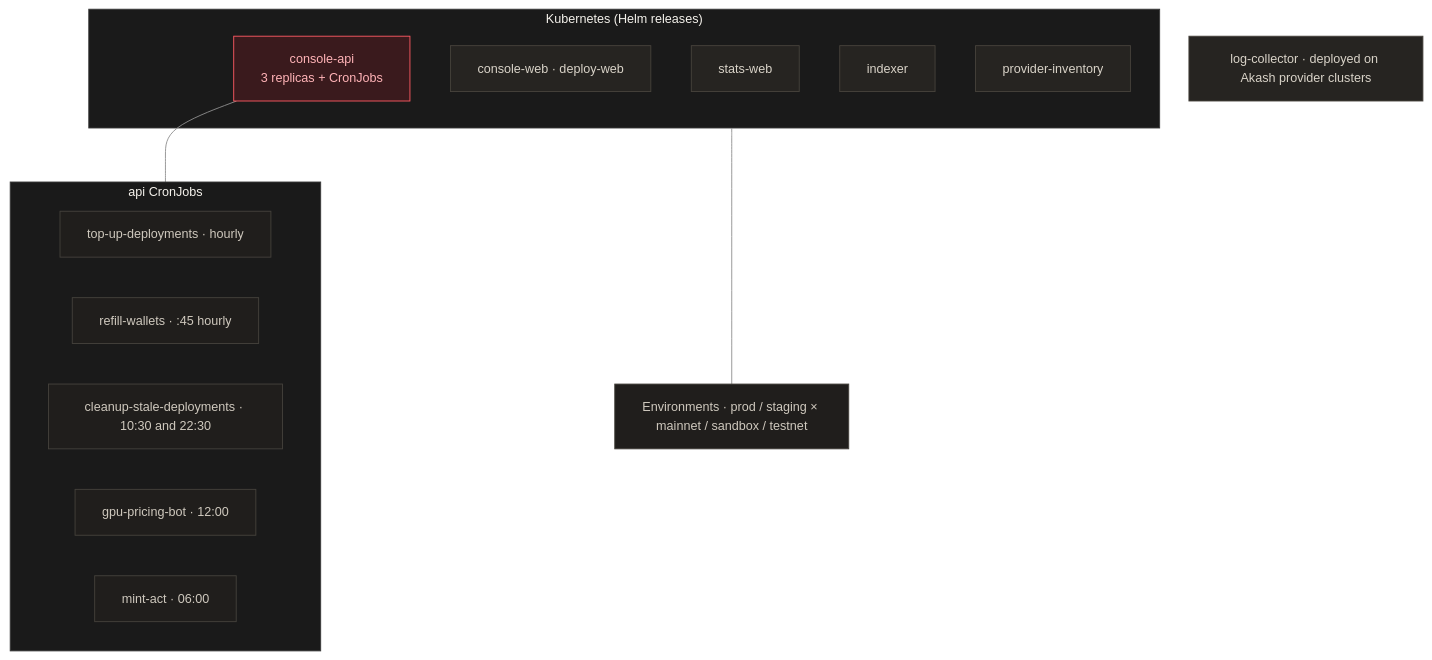
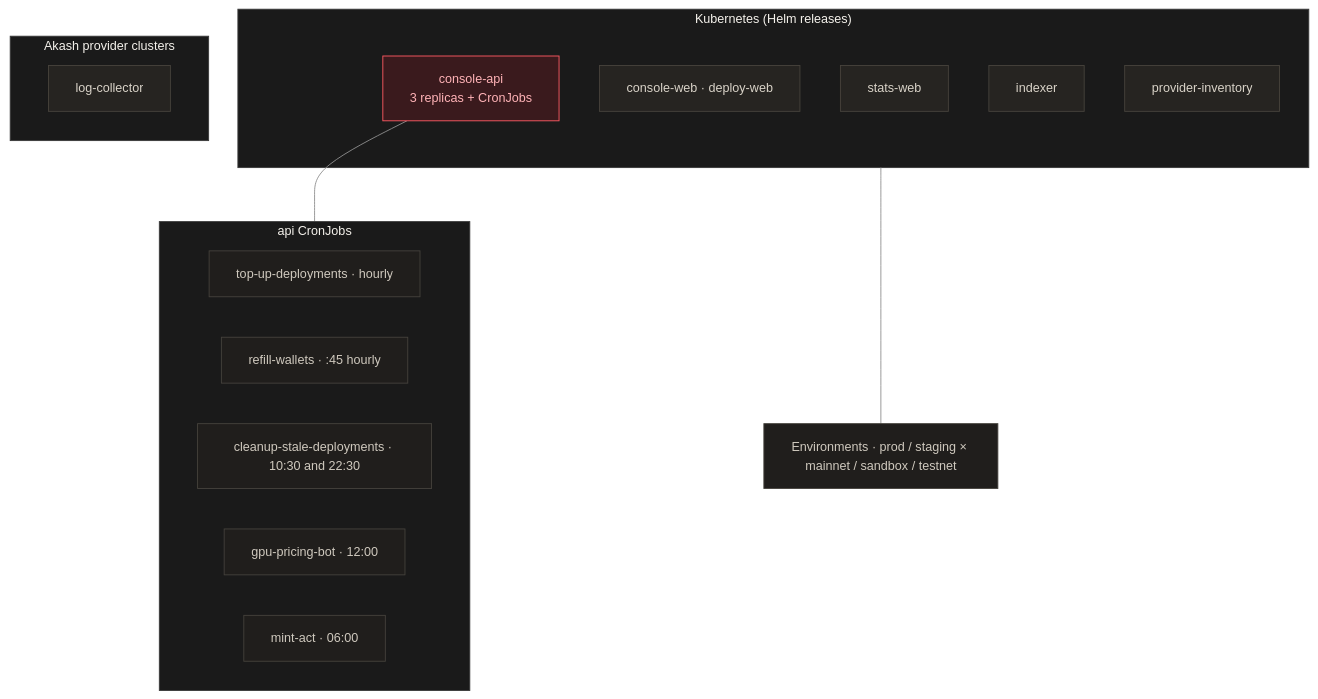
One commit to akash-network/console changed the third of 3 diagrams in doc/architecture.md. Above: the diagram before and after it, drawn with Mermaid. The commit also changed other lines of this file, not shown here.

First line of the commit message:
chore(repo): address review feedback on architecture doc

````diff
--- a/doc/architecture.md
+++ b/doc/architecture.md
@@ -128,26 +129,28 @@
 ```mermaid
 %%{init: {'theme':'base','themeVariables':{'fontFamily':'Geist, Inter, system-ui, sans-serif','fontSize':'14px','background':'#171717','primaryColor':'#242422','primaryTextColor':'#e7e3da','primaryBorderColor':'#45423c','lineColor':'#8f8f8f','textColor':'#d9d5cd','clusterBkg':'#1a1a1a','clusterBorder':'#3a3a3a','titleColor':'#f5f2ec','edgeLabelBackground':'#1a1a1a'},'flowchart':{'curve':'basis','nodeSpacing':45,'rankSpacing':60}}}%%
 flowchart TB
   classDef primary fill:#3a1a1d,stroke:#ff5a63,color:#ffb3b7;
   classDef svc fill:#262421,stroke:#47433c,color:#d9d3c8;
   classDef env fill:#201e1c,stroke:#45423c,color:#cfc9be;
 
   subgraph k8s["Kubernetes (Helm releases)"]
     A["console-api<br/>3 replicas + CronJobs"]:::primary
     W["console-web · deploy-web"]:::svc
     S["stats-web"]:::svc
     I["indexer"]:::svc
     PIv["provider-inventory"]:::svc
   end
   subgraph cron["api CronJobs"]
     C1["top-up-deployments · hourly"]:::env
     C2["refill-wallets · :45 hourly"]:::env
     C3["cleanup-stale-deployments · 10:30 and 22:30"]:::env
     C4["gpu-pricing-bot · 12:00"]:::env
     C5["mint-act · 06:00"]:::env
   end
   A --- cron
   ENVS["Environments · prod / staging × mainnet / sandbox / testnet"]:::env
   k8s --- ENVS
-  LC["log-collector · deployed on Akash provider clusters"]:::svc
+  subgraph providers["Akash provider clusters"]
+    LC["log-collector"]:::svc
+  end
 ```
````
